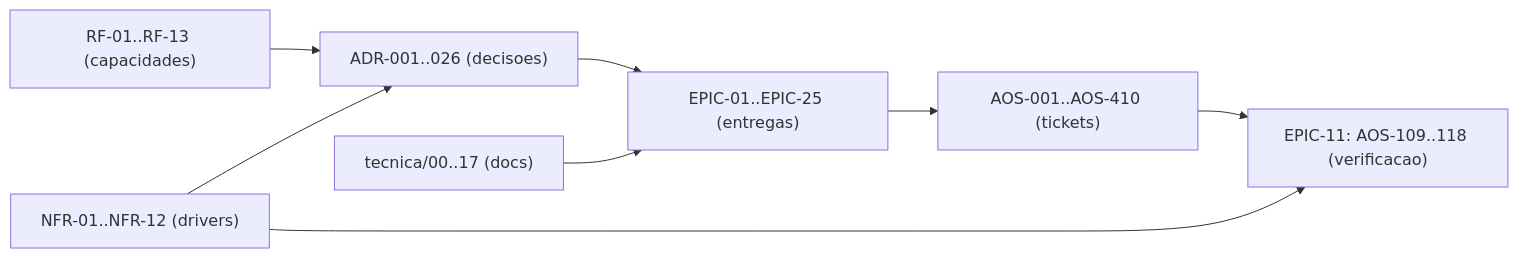
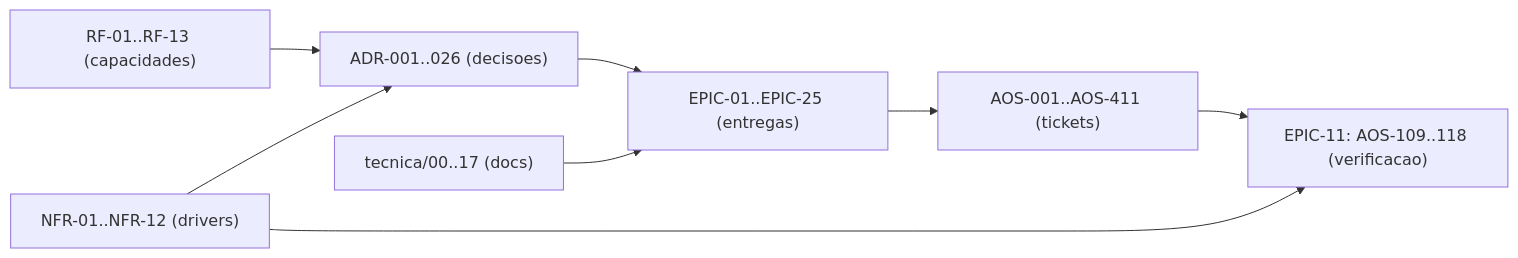
The diagram in tecnica/16_Rastreabilidade_RTM.md (albinoJimy/aos), drawn with Mermaid before and after one commit. The commit also changed other lines of this file and 1 other file, not shown here.

First line of the commit message:
docs(AOS-411): a re-varredura de órfãos exclui os runs vivos antes de os reconstituir (#326)

````diff
--- a/tecnica/16_Rastreabilidade_RTM.md
+++ b/tecnica/16_Rastreabilidade_RTM.md
@@ -184,10 +184,10 @@
 ```mermaid
 flowchart LR
     RF["RF-01..RF-13 (capacidades)"] --> ADR["ADR-001..026 (decisoes)"]
     NFR["NFR-01..NFR-12 (drivers)"] --> ADR
     ADR --> EPIC["EPIC-01..EPIC-25 (entregas)"]
-    EPIC --> TICK["AOS-001..AOS-410 (tickets)"]
+    EPIC --> TICK["AOS-001..AOS-411 (tickets)"]
     DOC["tecnica/00..17 (docs)"] --> EPIC
     TICK --> TEST["EPIC-11: AOS-109..118 (verificacao)"]
     NFR --> TEST
 ```
````
